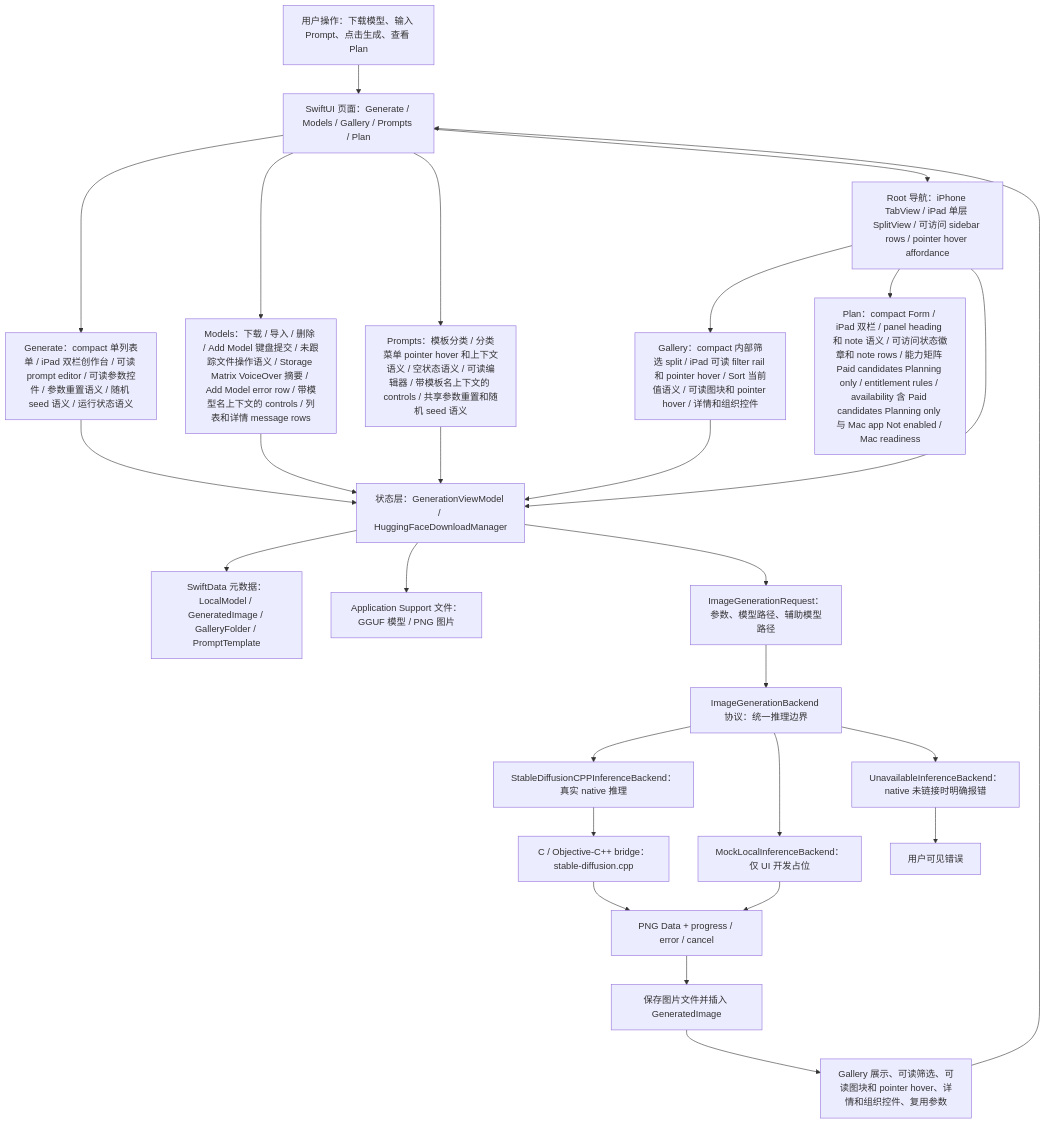
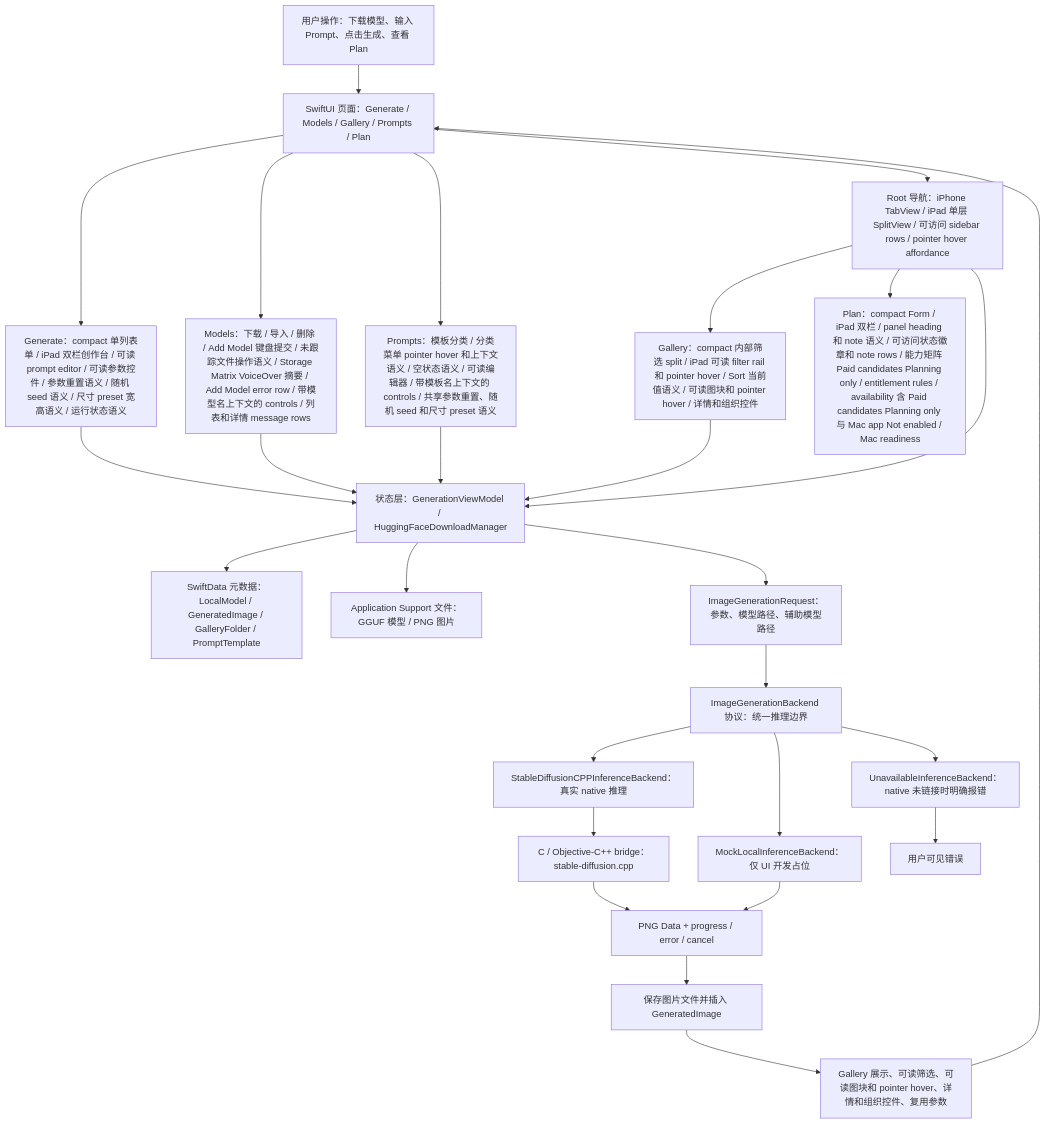
Before and after one commit to Altman-sam114/118: the first of 7 diagrams in md/flow/flowchart.md, drawn with Mermaid. The commit also changed 5 other files, not shown here.

````diff
--- a/md/flow/flowchart.md
+++ b/md/flow/flowchart.md
@@ -9,29 +9,29 @@
 ```mermaid
 flowchart TD
   U["用户操作：下载模型、输入 Prompt、点击生成、查看 Plan"] --> UI["SwiftUI 页面：Generate / Models / Gallery / Prompts / Plan"]
-  UI --> GENUI["Generate：compact 单列表单 / iPad 双栏创作台 / 可读 prompt editor / 可读参数控件 / 参数重置语义 / 随机 seed 语义 / 运行状态语义"]
+  UI --> GENUI["Generate：compact 单列表单 / iPad 双栏创作台 / 可读 prompt editor / 可读参数控件 / 参数重置语义 / 随机 seed 语义 / 尺寸 preset 宽高语义 / 运行状态语义"]
   UI --> MODELUI["Models：下载 / 导入 / 删除 / Add Model 键盘提交 / 未跟踪文件操作语义 / Storage Matrix VoiceOver 摘要 / Add Model error row / 带模型名上下文的 controls / 列表和详情 message rows"]
-  UI --> PROMPTUI["Prompts：模板分类 / 分类菜单 pointer hover 和上下文语义 / 空状态语义 / 可读编辑器 / 带模板名上下文的 controls / 共享参数重置和随机 seed 语义"]
+  UI --> PROMPTUI["Prompts：模板分类 / 分类菜单 pointer hover 和上下文语义 / 空状态语义 / 可读编辑器 / 带模板名上下文的 controls / 共享参数重置、随机 seed 和尺寸 preset 语义"]
   UI --> NAV["Root 导航：iPhone TabView / iPad 单层 SplitView / 可访问 sidebar rows / pointer hover affordance"]
   NAV --> GALUI["Gallery：compact 内部筛选 split / iPad 可读 filter rail 和 pointer hover / Sort 当前值语义 / 可读图块和 pointer hover / 详情和组织控件"]
   NAV --> PLANUI["Plan：compact Form / iPad 双栏 / panel heading 和 note 语义 / 可访问状态徽章和 note rows / 能力矩阵 Paid candidates Planning only / entitlement rules / availability 含 Paid candidates Planning only 与 Mac app Not enabled / Mac readiness"]
   NAV --> VM["状态层：GenerationViewModel / HuggingFaceDownloadManager"]
   GENUI --> VM
   MODELUI --> VM
   PROMPTUI --> VM
   GALUI --> VM
   VM --> SD["SwiftData 元数据：LocalModel / GeneratedImage / GalleryFolder / PromptTemplate"]
   VM --> FS["Application Support 文件：GGUF 模型 / PNG 图片"]
   VM --> REQ["ImageGenerationRequest：参数、模型路径、辅助模型路径"]
   REQ --> IFACE["ImageGenerationBackend 协议：统一推理边界"]
   IFACE --> NATIVE["StableDiffusionCPPInferenceBackend：真实 native 推理"]
   IFACE --> MOCK["MockLocalInferenceBackend：仅 UI 开发占位"]
   IFACE --> OFF["UnavailableInferenceBackend：native 未链接时明确报错"]
   NATIVE --> BRIDGE["C / Objective-C++ bridge：stable-diffusion.cpp"]
   BRIDGE --> PNG["PNG Data + progress / error / cancel"]
   MOCK --> PNG
   OFF --> ERR["用户可见错误"]
   PNG --> SAVE["保存图片文件并插入 GeneratedImage"]
   SAVE --> GALLERY["Gallery 展示、可读筛选、可读图块和 pointer hover、详情和组织控件、复用参数"]
   GALLERY --> UI
 ```
````
